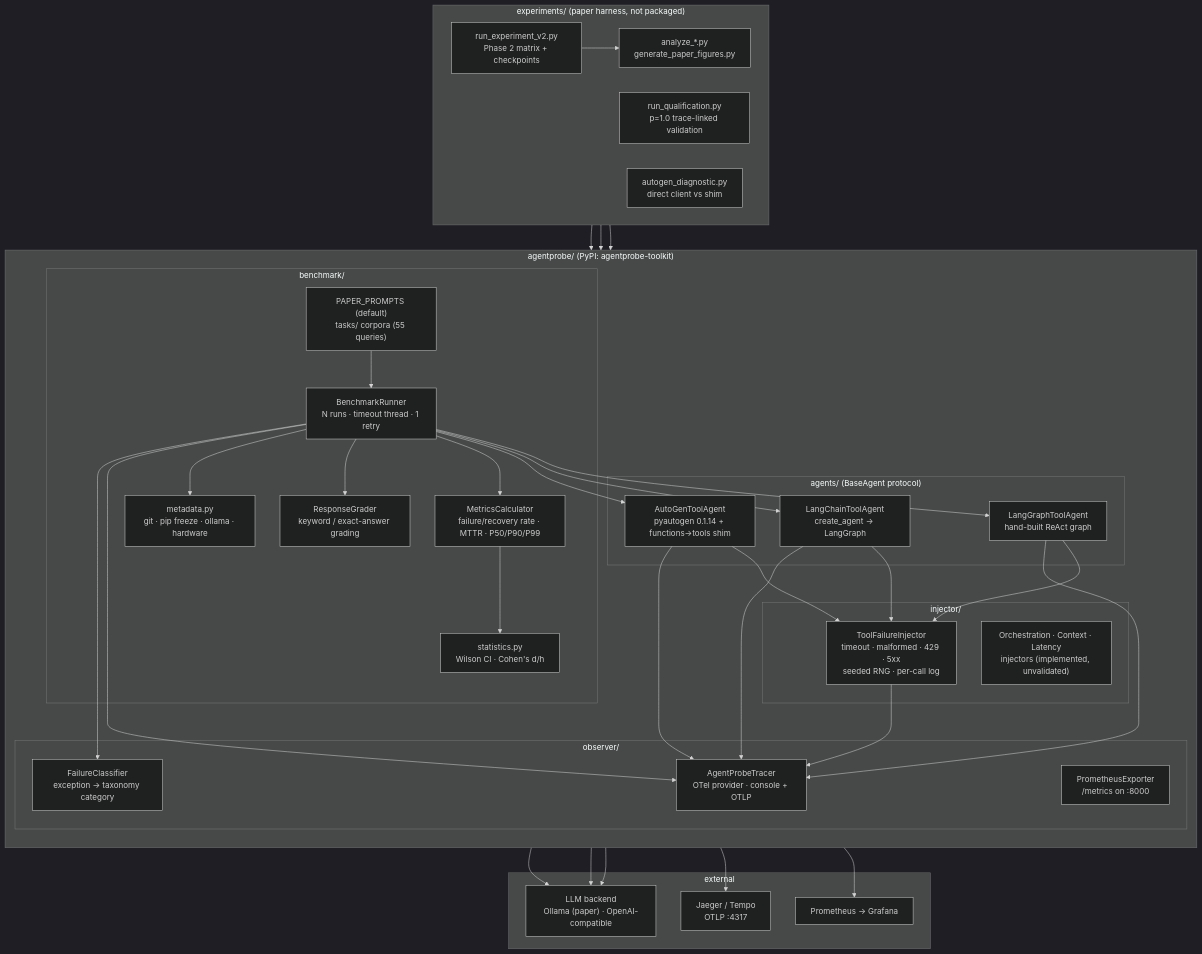
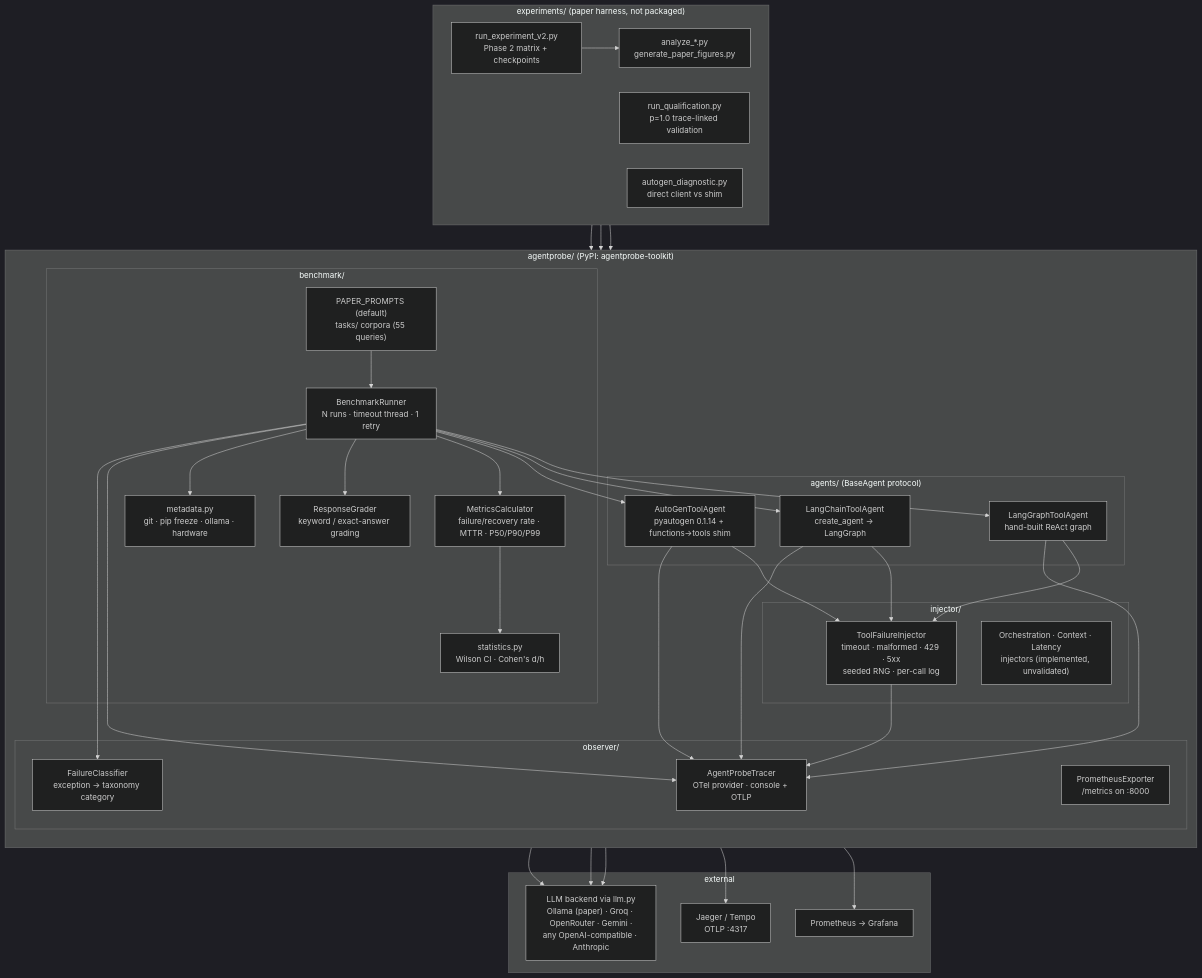
Before and after one commit to chhayankjain/AgentProbe: the first of 6 diagrams in ARCHITECTURE.md, drawn with Mermaid (dark theme). The commit also changed other lines of this file and 22 other files, not shown here.

First line of the commit message:
Provider-agnostic LLM backends with backend-error isolation (#26) (#59)

````diff
--- a/ARCHITECTURE.md
+++ b/ARCHITECTURE.md
@@ -9,55 +9,55 @@
 ```mermaid
 flowchart TB
     subgraph EXP["experiments/  (paper harness, not packaged)"]
         direction LR
         RUNv2["run_experiment_v2.py<br/>Phase 2 matrix + checkpoints"]
         QUAL["run_qualification.py<br/>p=1.0 trace-linked validation"]
         DIAG["autogen_diagnostic.py<br/>direct client vs shim"]
         AN["analyze_*.py<br/>generate_paper_figures.py"]
     end
 
     subgraph PKG["agentprobe/  (PyPI: agentprobe-toolkit)"]
         direction TB
         subgraph BENCH["benchmark/"]
             RUNNER["BenchmarkRunner<br/>N runs · timeout thread · 1 retry"]
             METRICS["MetricsCalculator<br/>failure/recovery rate · MTTR · P50/P90/P99"]
             GRADER["ResponseGrader<br/>keyword / exact-answer grading"]
             STATS["statistics.py<br/>Wilson CI · Cohen's d/h"]
             TASKS["PAPER_PROMPTS (default)<br/>tasks/ corpora (55 queries)"]
             META["metadata.py<br/>git · pip freeze · ollama · hardware"]
         end
         subgraph AGENTS["agents/  (BaseAgent protocol)"]
             LG["LangGraphToolAgent<br/>hand-built ReAct graph"]
             LC["LangChainToolAgent<br/>create_agent → LangGraph"]
             AG["AutoGenToolAgent<br/>pyautogen 0.1.14 + functions→tools shim"]
         end
         subgraph INJ["injector/"]
             TOOLINJ["ToolFailureInjector<br/>timeout · malformed · 429 · 5xx<br/>seeded RNG · per-call log"]
             OTHERINJ["Orchestration · Context · Latency<br/>injectors (implemented, unvalidated)"]
         end
         subgraph OBS["observer/"]
             TRACER["AgentProbeTracer<br/>OTel provider · console + OTLP"]
             CLS["FailureClassifier<br/>exception → taxonomy category"]
             PROM["PrometheusExporter<br/>/metrics on :8000"]
         end
     end
 
     subgraph EXT["external"]
-        LLM["LLM backend<br/>Ollama (paper) · OpenAI-compatible"]
+        LLM["LLM backend via llm.py<br/>Ollama (paper) · Groq · OpenRouter · Gemini ·<br/>any OpenAI-compatible · Anthropic"]
         OTELB["Jaeger / Tempo<br/>OTLP :4317"]
         PROMS["Prometheus → Grafana"]
     end
 
     RUNv2 & QUAL & DIAG --> RUNNER
     RUNNER --> LG & LC & AG
     RUNNER --> METRICS & GRADER & META
     METRICS --> STATS
     TASKS --> RUNNER
     LG & LC & AG --> TOOLINJ
     LG & LC & AG --> LLM
     TOOLINJ & RUNNER & LG & LC & AG --> TRACER
     RUNNER --> CLS
     TRACER --> OTELB
     PROM --> PROMS
     RUNv2 --> AN
 ```
````
